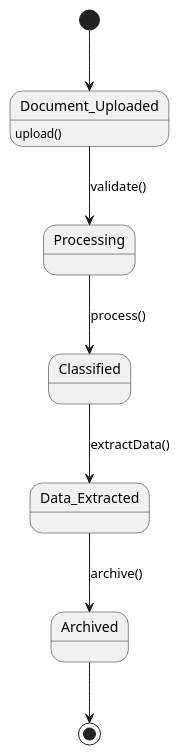
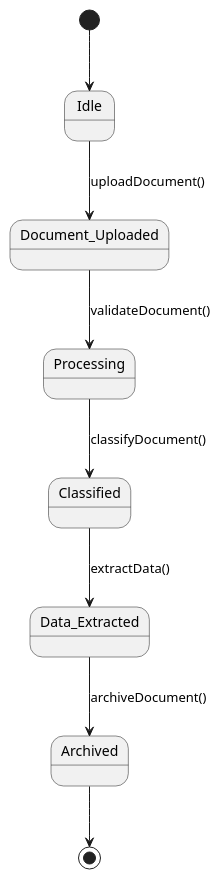
Before and after one commit to FormSculptor/Internal-Documentation: the sixth of 9 diagrams in daft_report.md, drawn with PlantUML. The commit also changed other lines of this file, not shown here.

Commit message:
Add system architecture and activity diagrams to enhance project report clarity

````diff
--- a/daft_report.md
+++ b/daft_report.md
@@ -232,11 +308,11 @@
 ```plantuml
 @startuml
-[*] --> Document_Uploaded
-Document_Uploaded : upload()
-Document_Uploaded --> Processing : validate()
-Processing --> Classified : process()
+[*] --> Idle
+Idle --> Document_Uploaded : uploadDocument()
+Document_Uploaded --> Processing : validateDocument()
+Processing --> Classified : classifyDocument()
 Classified --> Data_Extracted : extractData()
-Data_Extracted --> Archived : archive()
+Data_Extracted --> Archived : archiveDocument()
 Archived --> [*]
 @enduml
 ```
````
